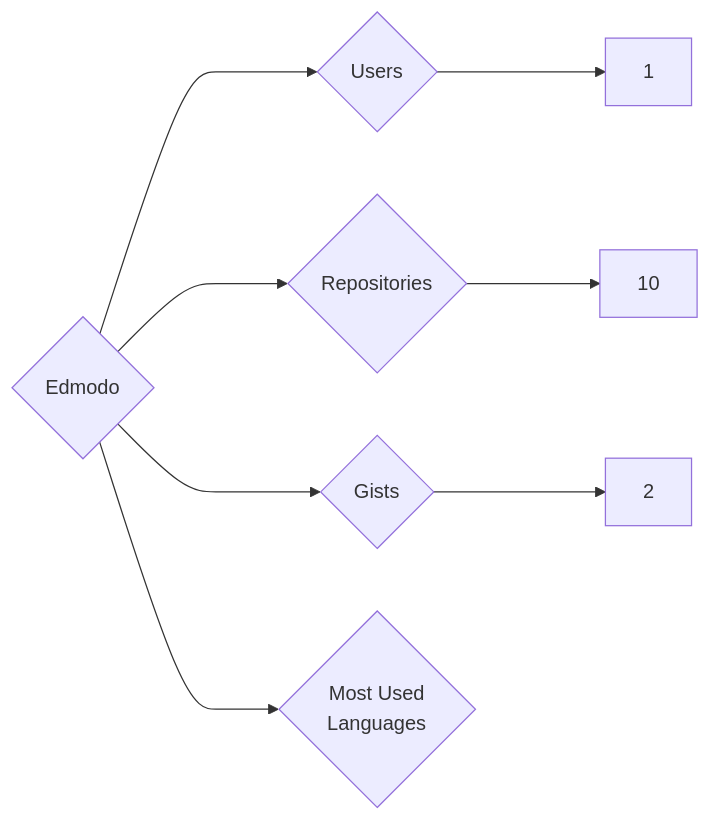
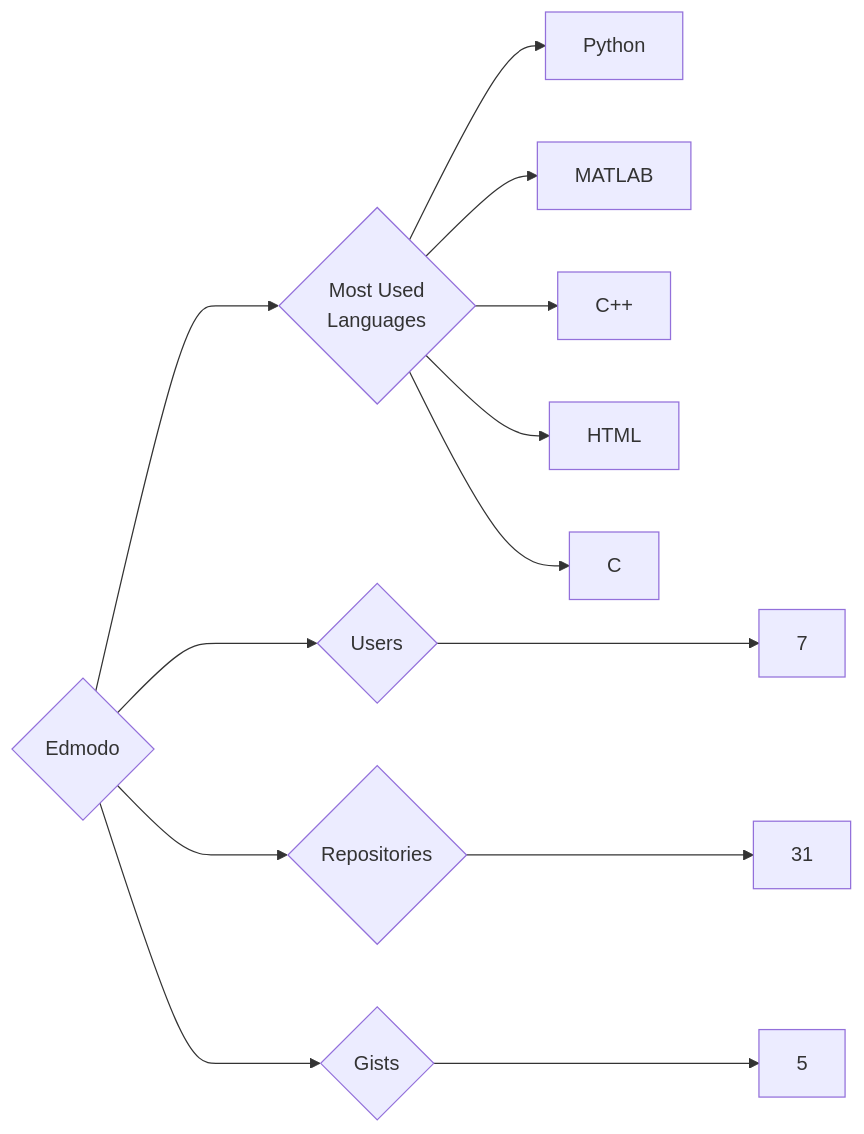
The diagram in targets/Edmodo/README.md (trickest/insiders), drawn with Mermaid before and after one commit. The commit also changed 782 other files, not shown here.

````diff
--- a/targets/Edmodo/README.md
+++ b/targets/Edmodo/README.md
@@ -3,8 +3,13 @@
 ```mermaid
 graph LR
 COMPANY_NAME{Edmodo}
-COMPANY_NAME ---> U{Users} ---> UN[1]
-COMPANY_NAME ---> R{Repositories} ---> RN[10]
-COMPANY_NAME ---> G{Gists} ---> GN[2]
+COMPANY_NAME ---> U{Users} ---> UN[7]
+COMPANY_NAME ---> R{Repositories} ---> RN[31]
+COMPANY_NAME ---> G{Gists} ---> GN[5]
 COMPANY_NAME ---> ML{Most Used<br>Languages}
+ML --> Python[Python]
+ML --> MATLAB[MATLAB]
+ML --> C++[C++]
+ML --> HTML[HTML]
+ML --> C[C]
 ```
````
